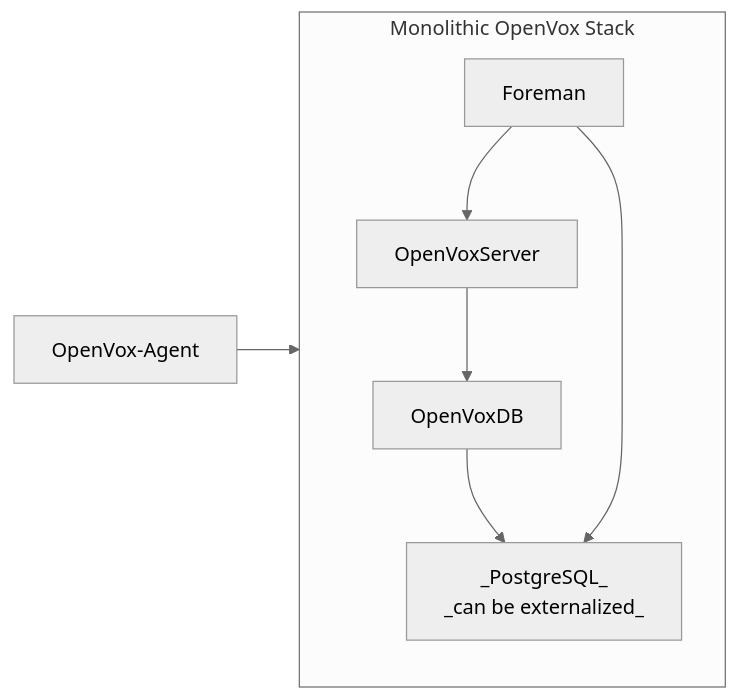
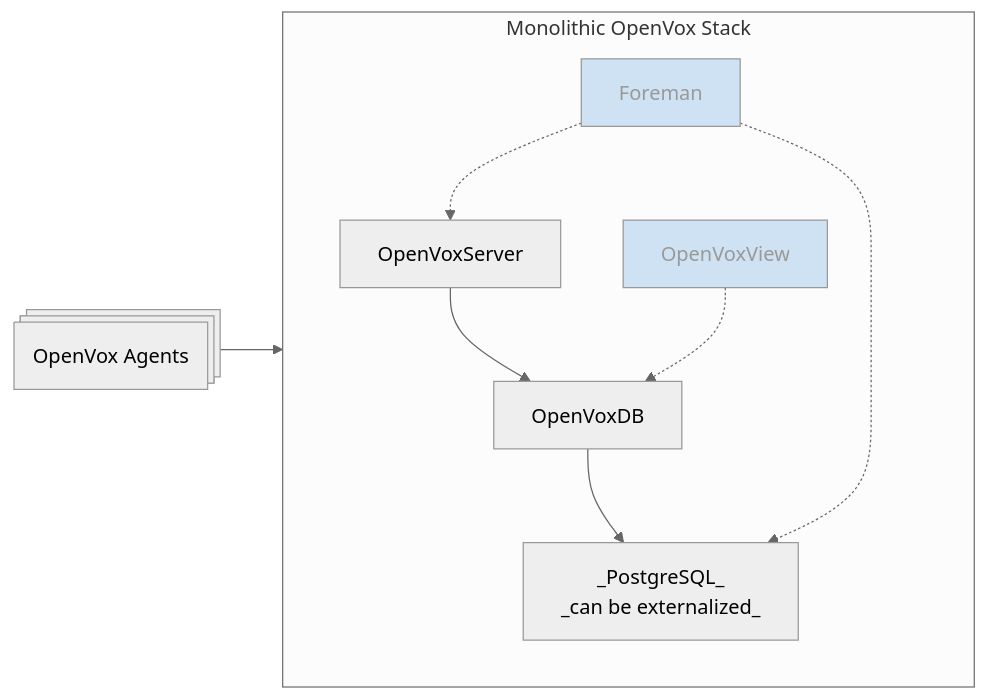
One commit to binford2k/overlookinfratech-openvox_platform changed the first of 3 diagrams in README.md. Above: the diagram before and after it, drawn with Mermaid (neutral theme). The commit also changed other lines of this file, not shown here.

````diff
--- a/README.md
+++ b/README.md
@@ -79,15 +88,20 @@
 ```mermaid
 graph LR
-    OVAgent[OpenVox-Agent]
+    OVAgent@{ shape: processes, label: "OpenVox Agents" }
 
     subgraph Monolithic[Monolithic OpenVox Stack]
         direction TB
         PostgreSQL[_PostgreSQL_
            _can be externalized_
         ]
-        Foreman --> OpenVoxServer --> OpenVoxDB --> PostgreSQL
-        Foreman --> PostgreSQL
+        Foreman -.-> OpenVoxServer --> OpenVoxDB --> PostgreSQL
+        Foreman -.-> PostgreSQL
+        OpenVoxView -.-> OpenVoxDB
      end
 
     OVAgent --> Monolithic
+
+%% styling
+classDef optional fill:#cfe2f3,color:#999
+class Foreman,OpenVoxView optional
 ```
````
